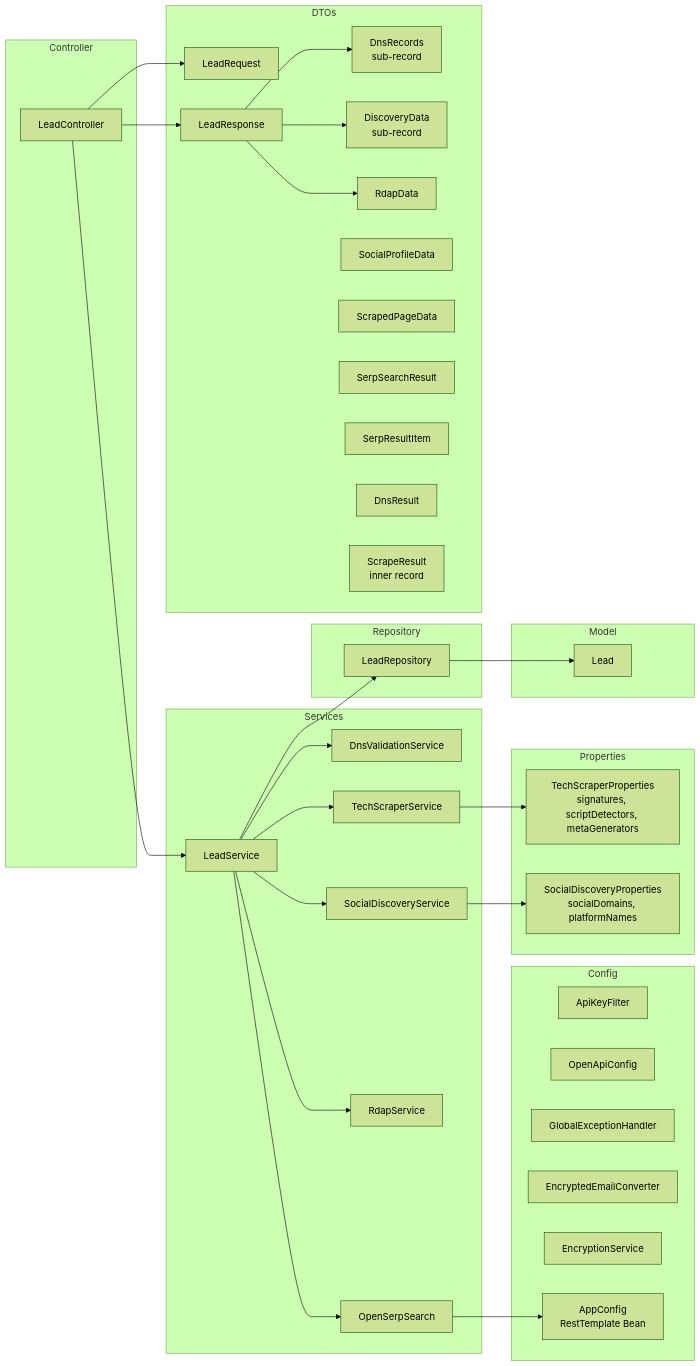
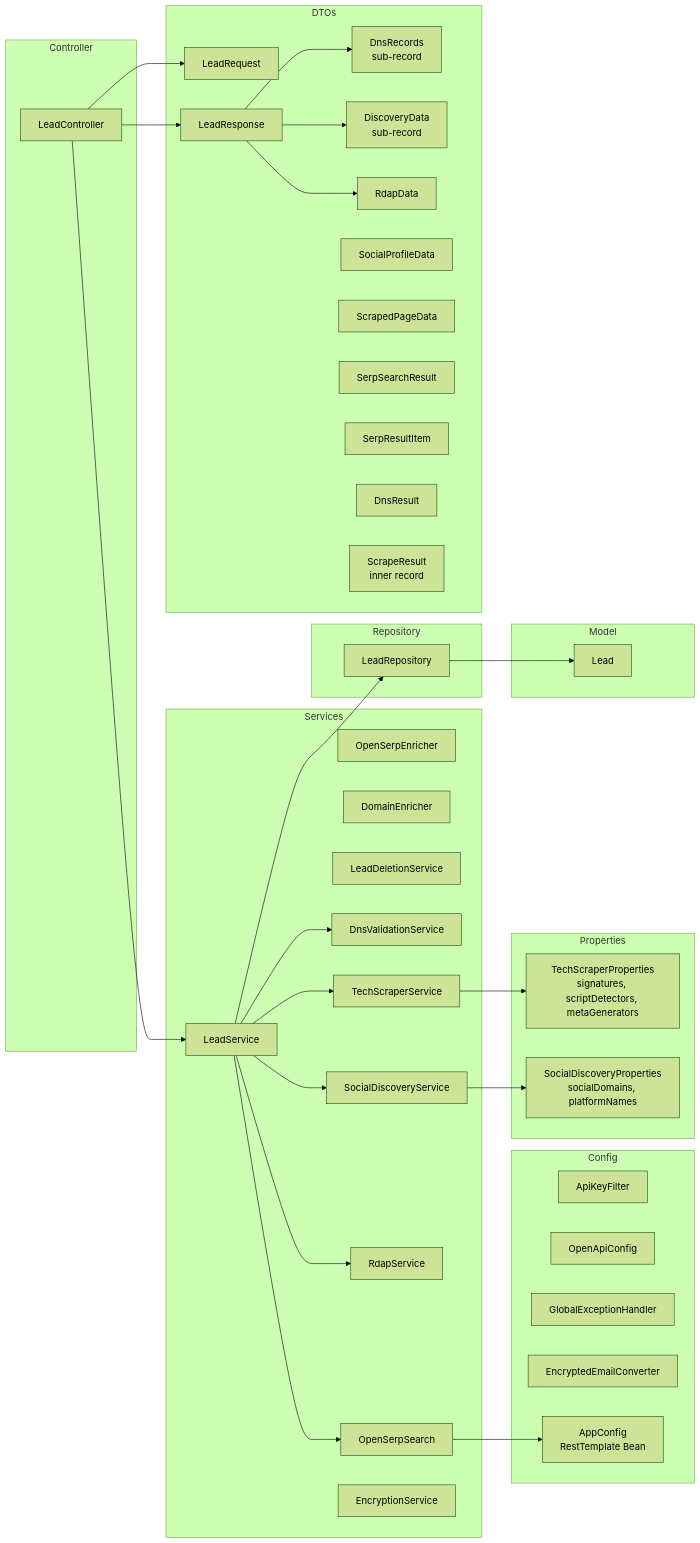
One commit to pdrodavi/lead-enrichment-api changed the second of 3 diagrams in docs/architecture.md. Above: the diagram before and after it, drawn with Mermaid (forest theme). The commit also changed other lines of this file and 40 other files, not shown here.

````diff
--- a/docs/architecture.md
+++ b/docs/architecture.md
@@ -66,68 +70,71 @@
 ```mermaid
 graph LR
     subgraph "Config"
         AKF[ApiKeyFilter]
         OAC[OpenApiConfig]
         GHE[GlobalExceptionHandler]
         EEC[EncryptedEmailConverter]
-        ES[EncryptionService]
         APP[AppConfig<br/>RestTemplate Bean]
     end
 
     subgraph "Properties"
         TCP[TechScraperProperties<br/>signatures, scriptDetectors, metaGenerators]
         SDP[SocialDiscoveryProperties<br/>socialDomains, platformNames]
     end
 
     subgraph "Controller"
         LC[LeadController]
     end
 
     subgraph "Services"
         LS[LeadService]
+        OSE[OpenSerpEnricher]
+        DE[DomainEnricher]
+        LDS[LeadDeletionService]
         DVS[DnsValidationService]
         TSS[TechScraperService]
         SDS[SocialDiscoveryService]
         RS[RdapService]
         OSS[OpenSerpSearch]
+        ES[EncryptionService]
     end
 
     subgraph "Repository"
         LREPO[LeadRepository]
     end
 
     subgraph "Model"
         L[Lead]
     end
 
     subgraph "DTOs"
         LRQ[LeadRequest]
         LRSP[LeadResponse]
         DNSREC[DnsRecords<br/>sub-record]
         DISCV[DiscoveryData<br/>sub-record]
         RD[RdapData]
         SPD[SocialProfileData]
         SCRDATA[ScrapedPageData]
         SSR[SerpSearchResult]
         SRI[SerpResultItem]
         DR[DnsResult]
         SCR[ScrapeResult<br/>inner record]
     end
 
     LC --> LS
     LS --> DVS
     LS --> TSS
     LS --> SDS
     LS --> RS
     LS --> OSS
     LS --> LREPO
     LREPO --> L
     LC --> LRQ
     LC --> LRSP
     LRSP --> DNSREC
     LRSP --> DISCV
     LRSP --> RD
     TSS --> TCP
     SDS --> SDP
     OSS --> APP
 ```
````
